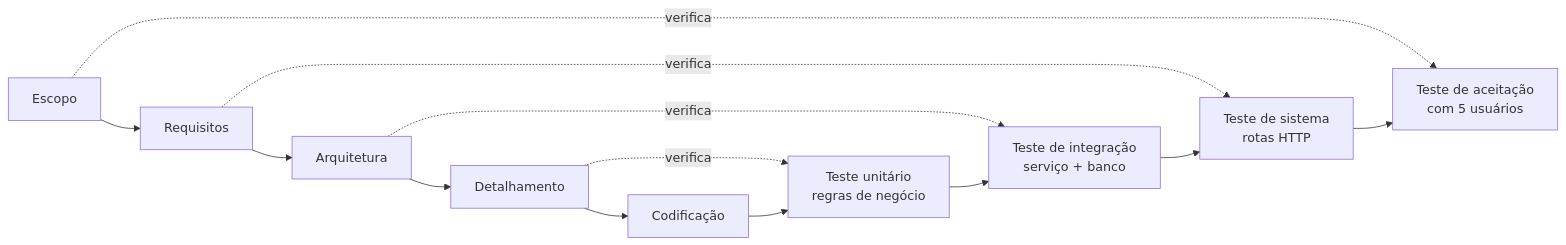
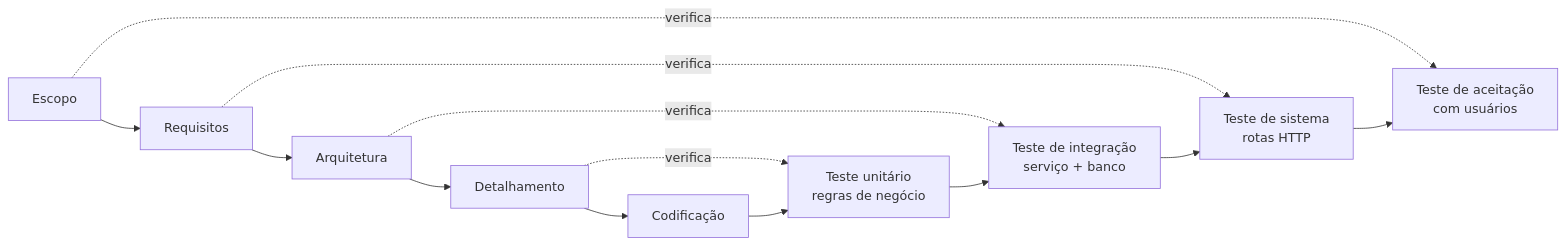
Before and after one commit to WilliamLoey/chamaTI: the diagram in docs/plano-de-testes.md, drawn with Mermaid. The commit also changed other lines of this file and 4 other files, not shown here.

````diff
--- a/docs/plano-de-testes.md
+++ b/docs/plano-de-testes.md
@@ -8,9 +8,9 @@
 ```mermaid
 flowchart LR
-    A[Escopo] -.verifica.-> A2[Teste de aceitação<br/>com 5 usuários]
+    A[Escopo] -.verifica.-> A2[Teste de aceitação<br/>com usuários]
     B[Requisitos] -.verifica.-> B2[Teste de sistema<br/>rotas HTTP]
     C[Arquitetura] -.verifica.-> C2[Teste de integração<br/>serviço + banco]
     D[Detalhamento] -.verifica.-> D2[Teste unitário<br/>regras de negócio]
     A --> B --> C --> D --> E[Codificação]
     E --> D2 --> C2 --> B2 --> A2
 ```
````
